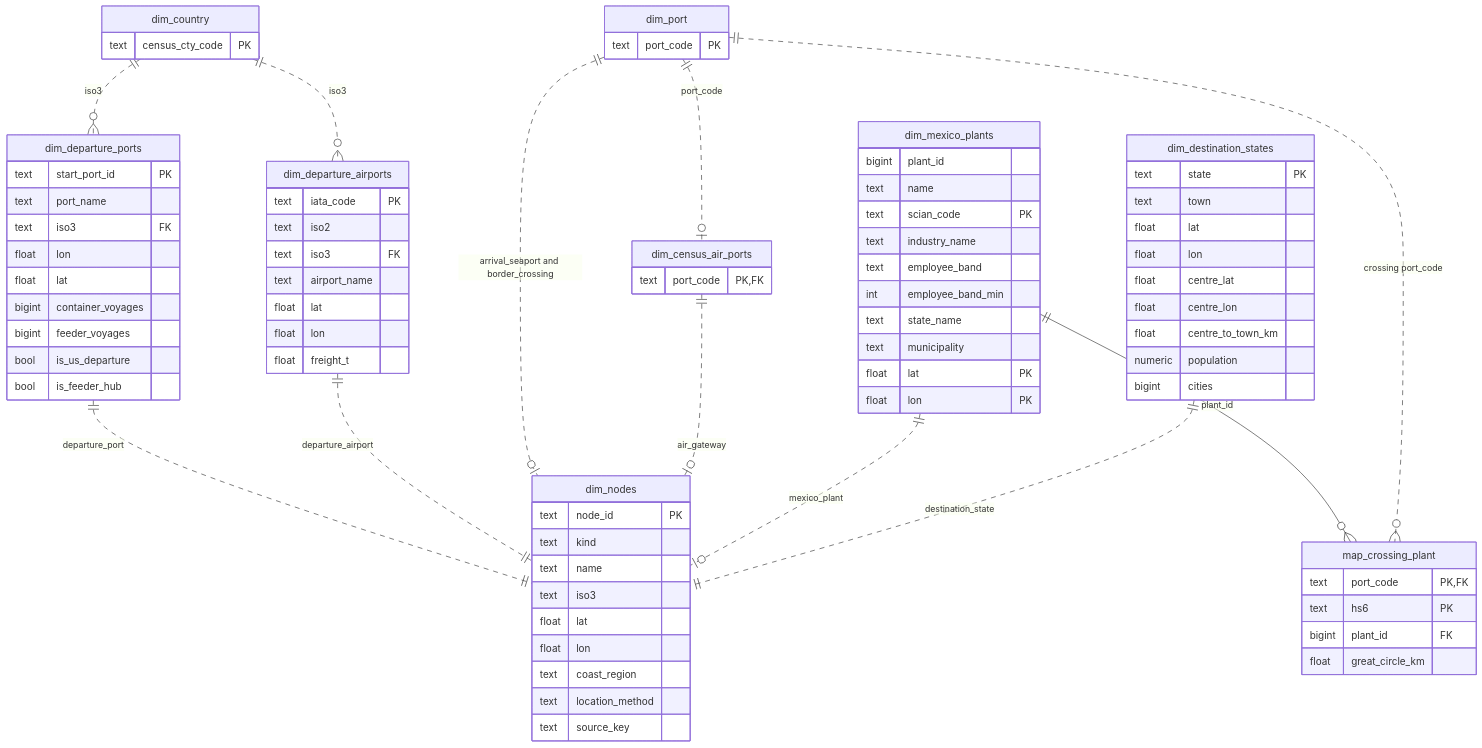
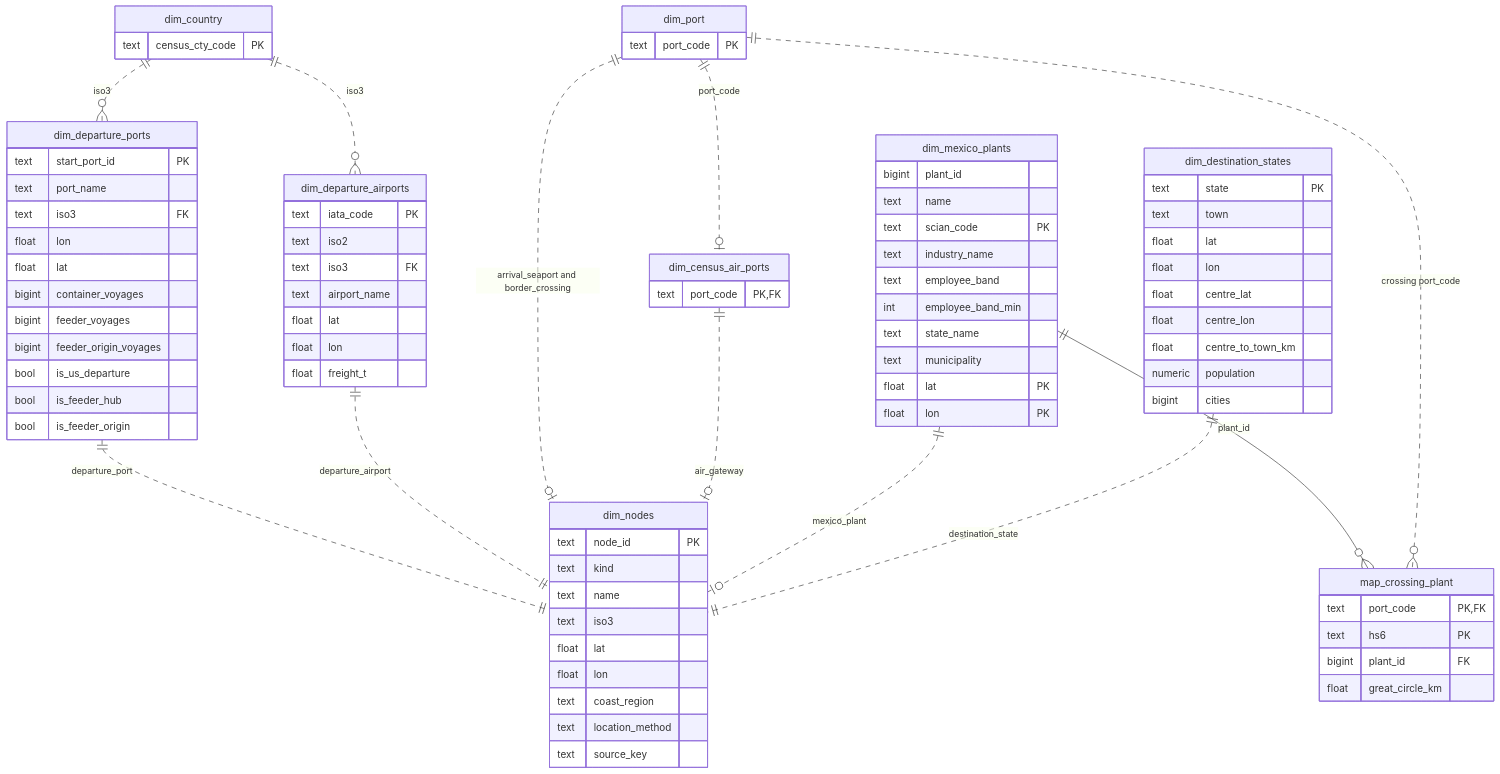
The third of 5 diagrams in docs/core-schema.md (mollyegibson/shockt-climate), drawn with Mermaid before and after one commit. The commit also changed other lines of this file and 10 other files, not shown here.

```diff
--- a/docs/core-schema.md
+++ b/docs/core-schema.md
@@ -323,8 +323,10 @@
     float lat
     bigint container_voyages
     bigint feeder_voyages
+    bigint feeder_origin_voyages
     bool is_us_departure
     bool is_feeder_hub
+    bool is_feeder_origin
   }
   dim_departure_airports {
     text iata_code PK
```
